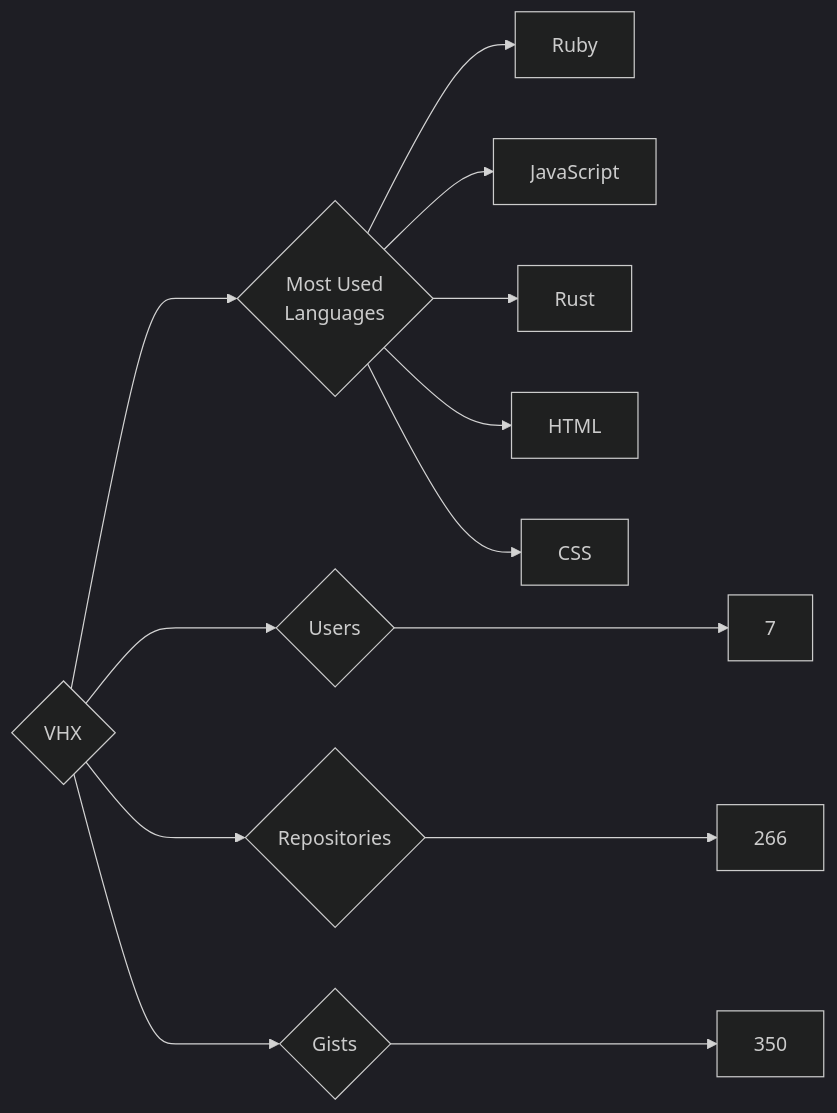
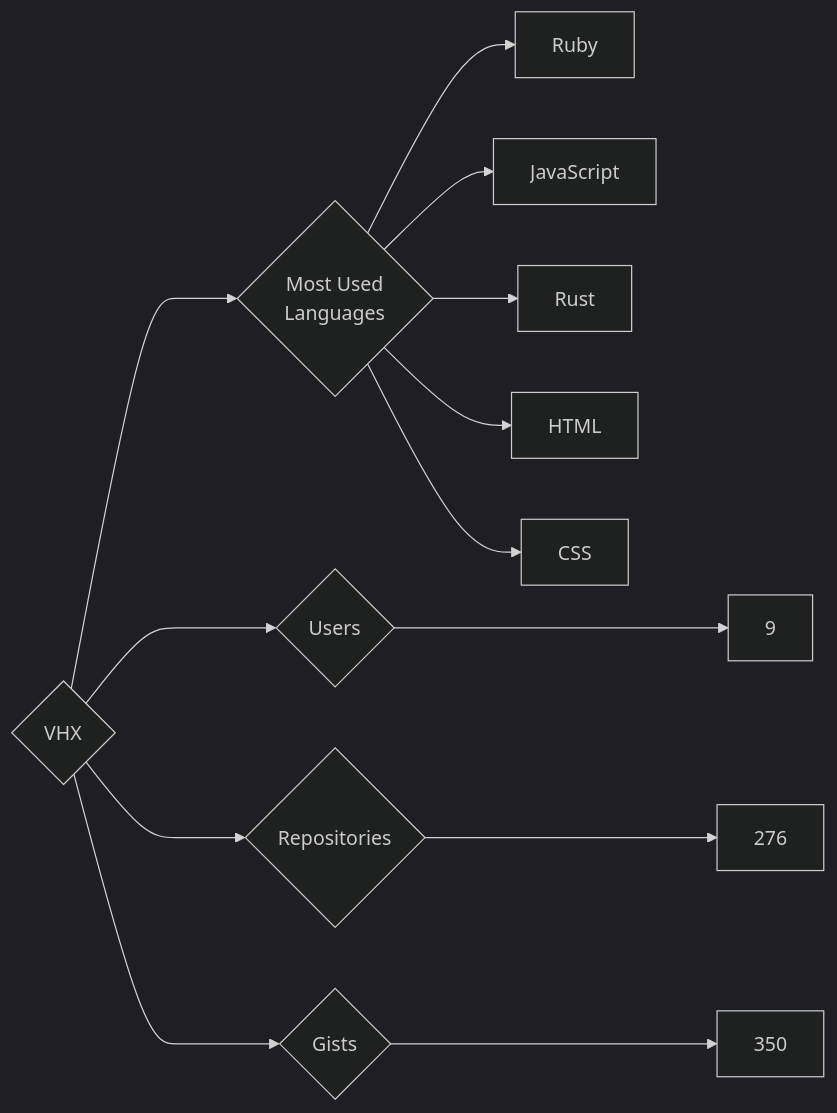
Before and after one commit to trickest/insiders: the diagram in targets/VHX/README.md, drawn with Mermaid (dark theme). The commit also changed 770 other files, not shown here.

````diff
--- a/targets/VHX/README.md
+++ b/targets/VHX/README.md
@@ -3,13 +3,13 @@
 ```mermaid
 graph LR
 COMPANY_NAME{VHX}
-COMPANY_NAME ---> U{Users} ---> UN[7]
-COMPANY_NAME ---> R{Repositories} ---> RN[266]
+COMPANY_NAME ---> U{Users} ---> UN[9]
+COMPANY_NAME ---> R{Repositories} ---> RN[276]
 COMPANY_NAME ---> G{Gists} ---> GN[350]
 COMPANY_NAME ---> ML{Most Used<br>Languages}
 ML --> Ruby[Ruby]
 ML --> JavaScript[JavaScript]
 ML --> Rust[Rust]
 ML --> HTML[HTML]
 ML --> CSS[CSS]
 ```
````
